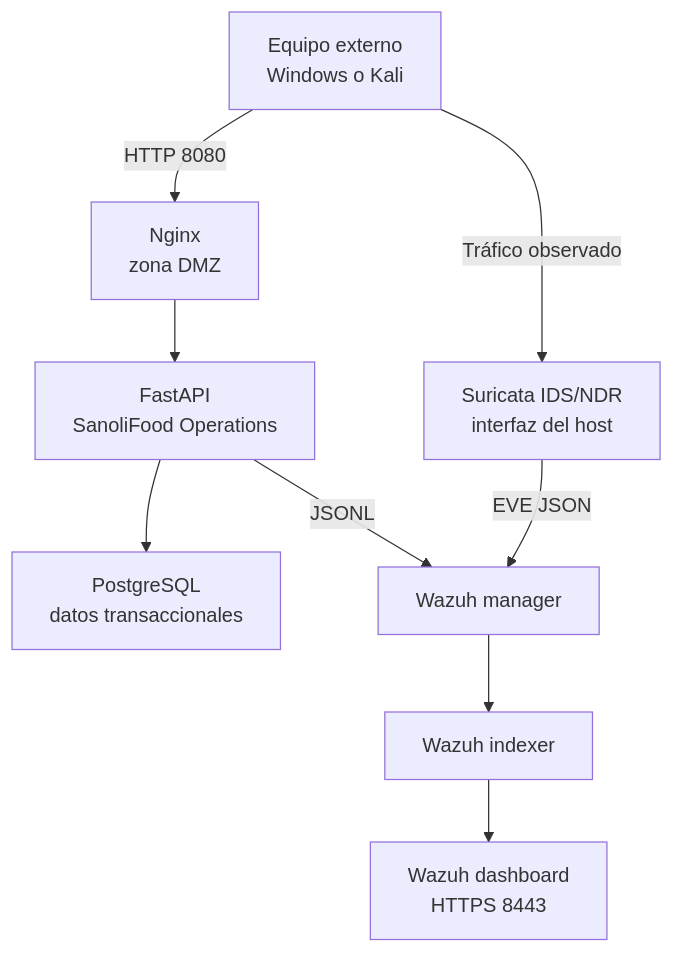
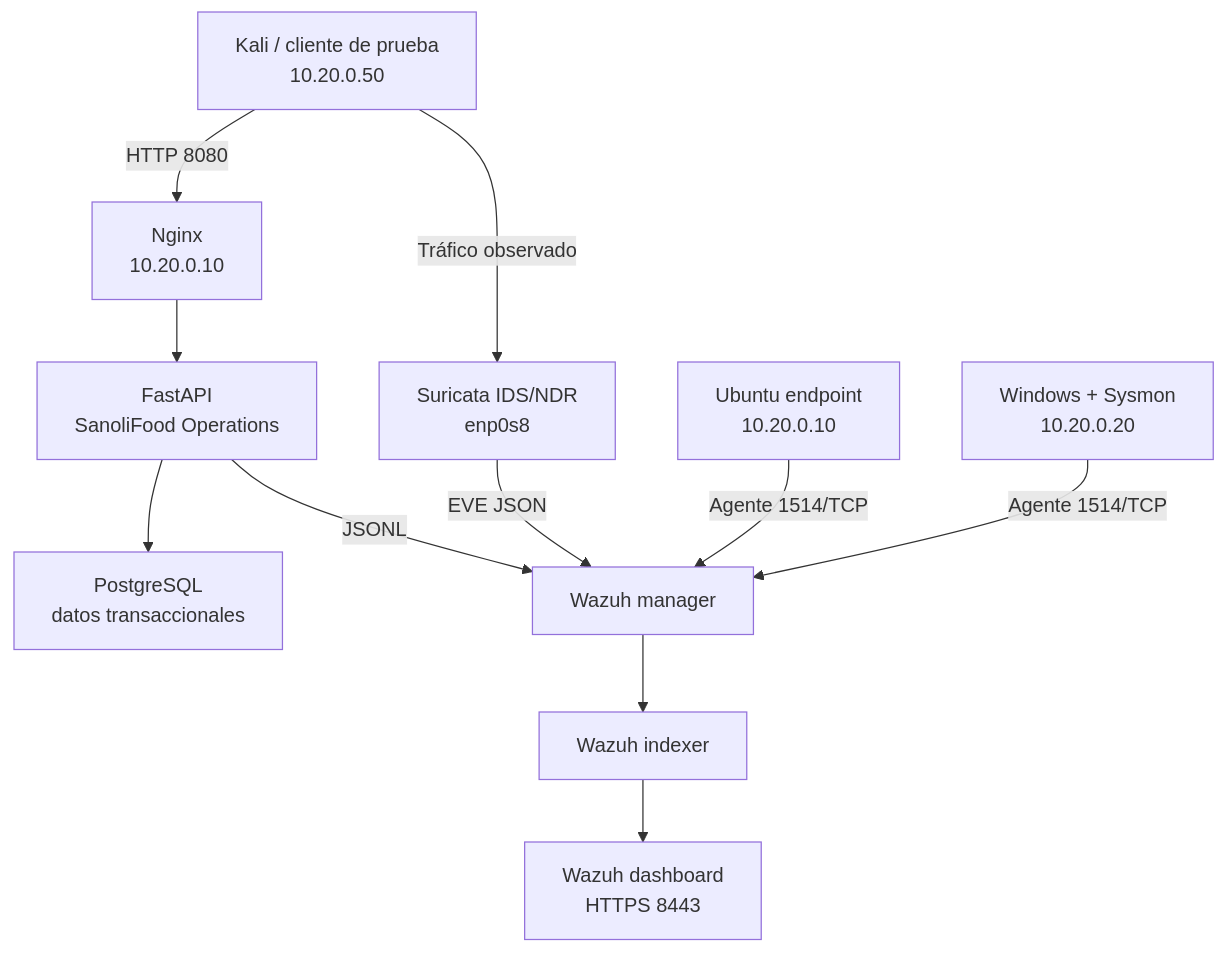
Before and after one commit to Jocarsoli2001/sanolifood-soc: the diagram in README.md, drawn with Mermaid. The commit also changed other lines of this file and 45 other files, not shown here.

````diff
--- a/README.md
+++ b/README.md
@@ -67,11 +69,13 @@
 ```mermaid
 flowchart TD
-    C["Equipo externo<br/>Windows o Kali"] -->|HTTP 8080| N["Nginx<br/>zona DMZ"]
-    C -->|Tráfico observado| S["Suricata IDS/NDR<br/>interfaz del host"]
+    C["Kali / cliente de prueba<br/>10.20.0.50"] -->|HTTP 8080| N["Nginx<br/>10.20.0.10"]
+    C -->|Tráfico observado| S["Suricata IDS/NDR<br/>enp0s8"]
     N --> A["FastAPI<br/>SanoliFood Operations"]
     A --> P["PostgreSQL<br/>datos transaccionales"]
     A -->|JSONL| W["Wazuh manager"]
     S -->|EVE JSON| W
+    U["Ubuntu endpoint<br/>10.20.0.10"] -->|Agente 1514/TCP| W
+    X["Windows + Sysmon<br/>10.20.0.20"] -->|Agente 1514/TCP| W
     W --> I["Wazuh indexer"]
     I --> D["Wazuh dashboard<br/>HTTPS 8443"]
 ```
````
